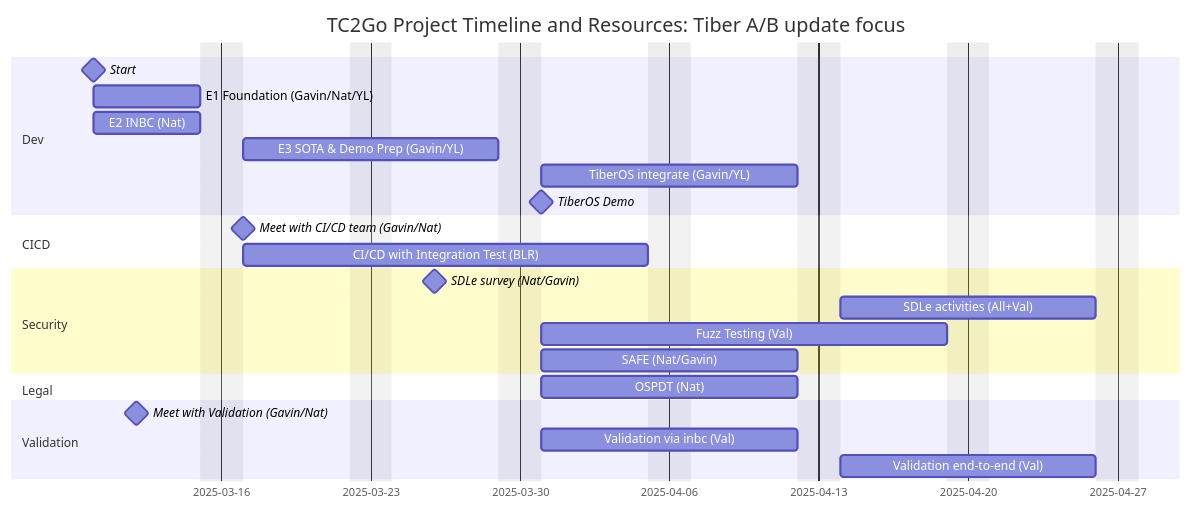
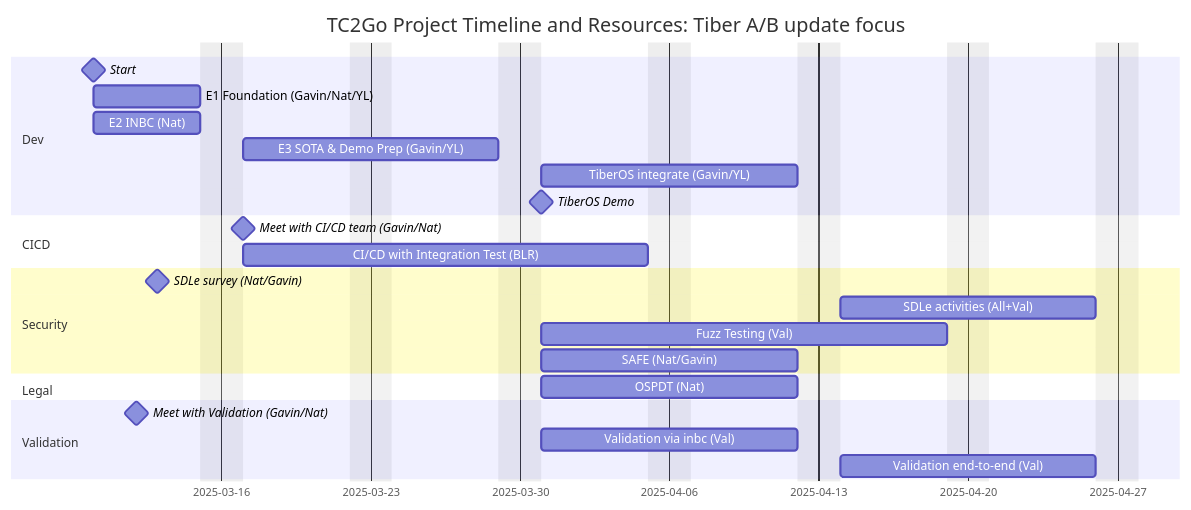
Before and after one commit to open-edge-platform/edge-node-agents: the diagram in doc/timelineAndResources.md, drawn with Mermaid.

````diff
--- a/doc/timelineAndResources.md
+++ b/doc/timelineAndResources.md
@@ -1,33 +1,33 @@
 ```mermaid
 gantt
     title TC2Go Project Timeline and Resources: Tiber A/B update focus
     dateFormat  YYYY-MM-DD
     tickInterval 1week
     excludes weekends
 
     section Dev
         Start                             :milestone, :start, 2025-03-10, 0d
         E1 Foundation (Gavin/Nat/YL)    :foundation, 2025-03-10, 5d
         E2 INBC (Nat)                     :inbc, 2025-03-10, 5d
         E3 SOTA & Demo Prep (Gavin/YL)    :sotademo, after inbc, 10d
         TiberOS integrate (Gavin/YL) :spec, after sotademo, 10d
         TiberOS Demo                              :milestone, :demo, 2025-03-31, 0d
 
     section CICD
         Meet with CI/CD team (Gavin/Nat)          :milestone, :meetcicd, 2025-03-17, 0d
         CI/CD with Integration Test (BLR)         :cicd, 2025-03-17, 15d
     
     section Security
-        SDLe survey (Nat/Gavin)           :milestone, :survey, 2025-03-26, 0d
+        SDLe survey (Nat/Gavin)           :milestone, :survey, 2025-03-13, 0d
         SDLe activities (All+Val)         :sdle, after safe, 10d
         Fuzz Testing (Val)                :fuzz, 2025-03-31, 15d
         SAFE (Nat/Gavin)                  :safe, 2025-03-31, 10d
 
     section Legal
         OSPDT (Nat)                       :ospdt, 2025-03-31, 10d
     
     section Validation
         Meet with Validation (Gavin/Nat) :milestone, :meetval, 2025-03-12, 0d
         Validation via inbc (Val)        :valinbc, after sotademo, 10d
         Validation end-to-end (Val)      :vale2e, after spec, 10d
 ```
````
